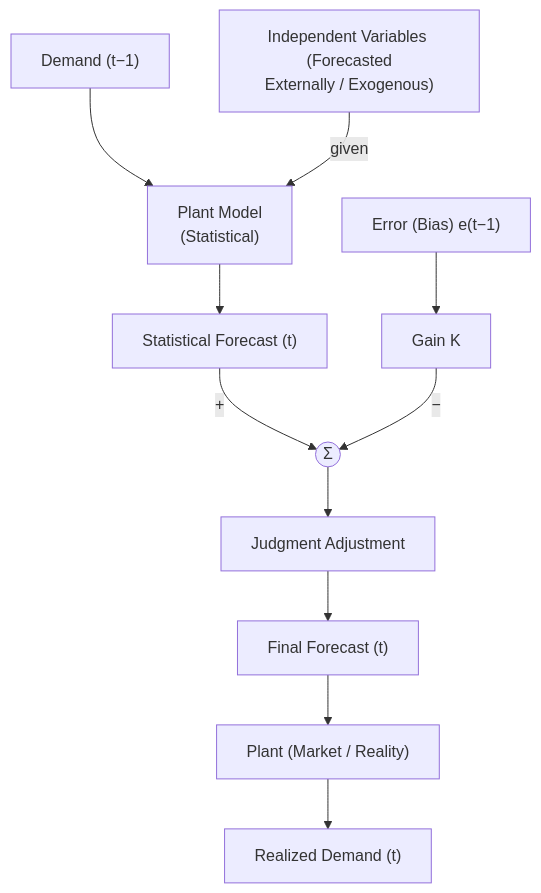
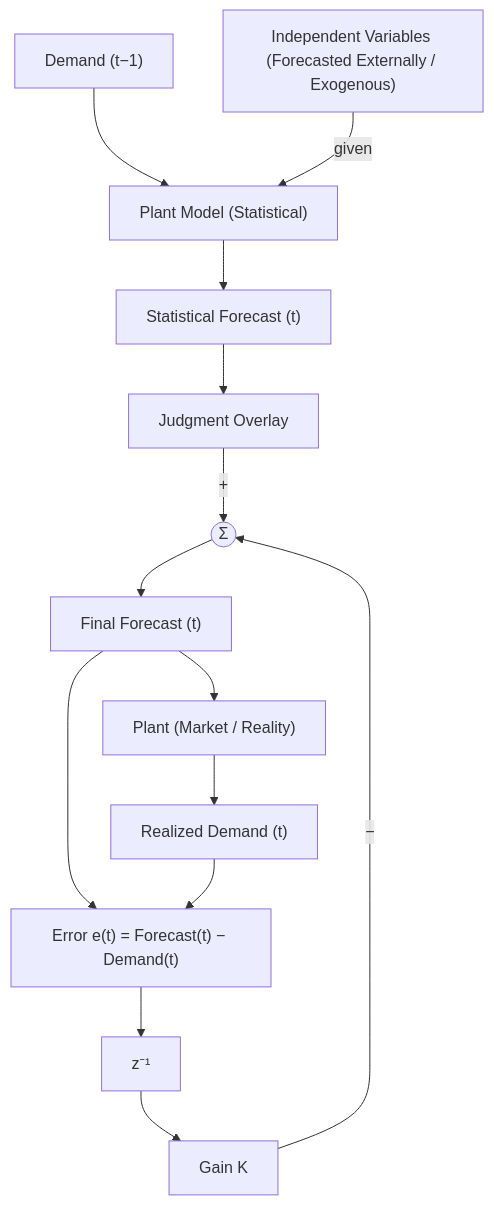
The diagram in articles-posts/judgmental-mechanical.md (Tellusant/docs), drawn with Mermaid before and after one commit.

```diff
--- a/articles-posts/judgmental-mechanical.md
+++ b/articles-posts/judgmental-mechanical.md
@@ -22,42 +22,44 @@
 <div class="mermaid">
   
 flowchart TD
 
 %% ===== Inputs =====
 D1["Demand (t−1)"]
-X["Independent Variables (Forecasted<br/>Externally / Exogenous)"]
+X["Independent Variables (Forecasted Externally / Exogenous)"]
 
-%% ===== Plant model =====
-M["Plant Model<br/>(Statistical)"]
+%% ===== Baseline model =====
+M["Plant Model (Statistical)"]
 S["Statistical Forecast (t)"]
 
-%% ===== Summing junction =====
+%% ===== Judgment and correction =====
+J["Judgment Overlay"]
 Sum((Σ))
-
-%% ===== Judgment layer =====
-J["Judgment Adjustment"]
+K["Gain K"]
 F["Final Forecast (t)"]
 
 %% ===== Plant =====
 P["Plant (Market / Reality)"]
 R["Realized Demand (t)"]
 
-%% ===== Lagged feedback =====
-E["Error (Bias) e(t−1)"]
-K["Gain K"]
+%% ===== Error and delay =====
+E["Error e(t) = Forecast(t) − Demand(t)"]
+Delay["z⁻¹"]
 
 %% ===== Forward path =====
 D1 --> M
 X -->|given| M
 M --> S
-S -->|+| Sum
-Sum --> J
-J --> F
+S --> J
+J -->|+| Sum
+Sum --> F
 F --> P
 P --> R
 
-%% ===== Feedback loop =====
-E --> K
+%% ===== Feedback path =====
+F --> E
+R --> E
+E --> Delay
+Delay --> K
 K -->|−| Sum
 
 </div>
```
